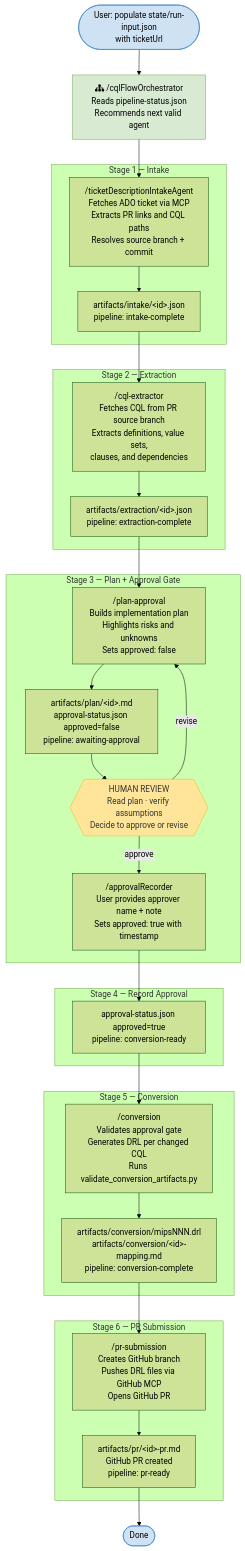
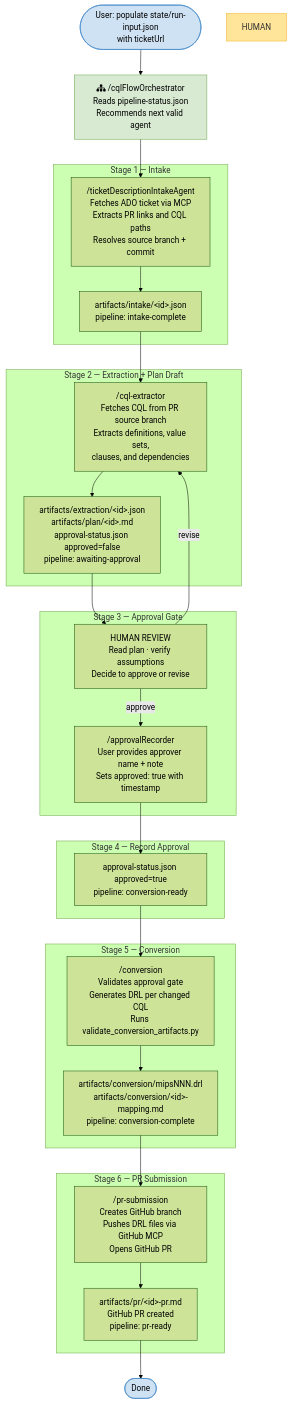
The diagram in docs/architecture.md (TriptiMandhyan/cql-to-drl-conversion), drawn with Mermaid (forest theme) before and after one commit. The commit also changed other lines of this file and 59 other files, not shown here.

Commit message:
Updated flow, added MCP for python, orchestrator added

````diff
--- a/docs/architecture.md
+++ b/docs/architecture.md
@@ -50,56 +50,54 @@
 ```mermaid
 flowchart TD
     START(["User: populate state/run-input.json\nwith ticketUrl"])
     START --> O
 
     O["fa:fa-sitemap /cqlFlowOrchestrator\nReads pipeline-status.json\nRecommends next valid agent"]
     O --> A
 
     subgraph STAGE1["Stage 1 — Intake"]
         A["/ticketDescriptionIntakeAgent\nFetches ADO ticket via MCP\nExtracts PR links and CQL paths\nResolves source branch + commit"]
         A --> A_OUT["artifacts/intake/&lt;id&gt;.json\npipeline: intake-complete"]
     end
 
     A_OUT --> B
 
-    subgraph STAGE2["Stage 2 — Extraction"]
+    subgraph STAGE2["Stage 2 — Extraction + Plan Draft"]
         B["/cql-extractor\nFetches CQL from PR source branch\nExtracts definitions, value sets,\nclauses, and dependencies"]
-        B --> B_OUT["artifacts/extraction/&lt;id&gt;.json\npipeline: extraction-complete"]
+        B --> B_OUT["artifacts/extraction/&lt;id&gt;.json\nartifacts/plan/&lt;id&gt;.md\napproval-status.json approved=false\npipeline: awaiting-approval"]
     end
 
     B_OUT --> C
 
-    subgraph STAGE3["Stage 3 — Plan + Approval Gate"]
-        C["/plan-approval\nBuilds implementation plan\nHighlights risks and unknowns\nSets approved: false"]
-        C --> C_OUT["artifacts/plan/&lt;id&gt;.md\napproval-status.json approved=false\npipeline: awaiting-approval"]
-        C_OUT --> HUMAN{{"HUMAN REVIEW\nRead plan · verify assumptions\nDecide to approve or revise"}}
-        HUMAN -->|"approve"| D
-        HUMAN -->|"revise"| C
+    subgraph STAGE3["Stage 3 — Approval Gate"]
+        C["HUMAN REVIEW\nRead plan · verify assumptions\nDecide to approve or revise"]
+        C -->|"approve"| D
+        C -->|"revise"| B
     end
 
     subgraph STAGE4["Stage 4 — Record Approval"]
         D["/approvalRecorder\nUser provides approver name + note\nSets approved: true with timestamp"]
         D --> D_OUT["approval-status.json approved=true\npipeline: conversion-ready"]
     end
 
     D_OUT --> E
 
     subgraph STAGE5["Stage 5 — Conversion"]
         E["/conversion\nValidates approval gate\nGenerates DRL per changed CQL\nRuns validate_conversion_artifacts.py"]
         E --> E_OUT["artifacts/conversion/mipsNNN.drl\nartifacts/conversion/&lt;id&gt;-mapping.md\npipeline: conversion-complete"]
     end
 
     E_OUT --> F
 
     subgraph STAGE6["Stage 6 — PR Submission"]
         F["/pr-submission\nCreates GitHub branch\nPushes DRL files via GitHub MCP\nOpens GitHub PR"]
         F --> F_OUT["artifacts/pr/&lt;id&gt;-pr.md\nGitHub PR created\npipeline: pr-ready"]
     end
 
     F_OUT --> DONE(["Done"])
 
     style HUMAN fill:#ffe599,stroke:#f0b429,color:#333
     style O fill:#d9ead3,stroke:#6aa84f
     style START fill:#cfe2f3,stroke:#3d85c8
     style DONE fill:#cfe2f3,stroke:#3d85c8
 ```
````
